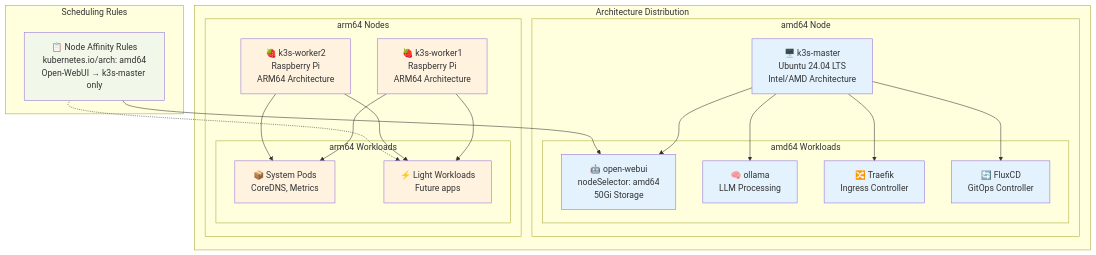
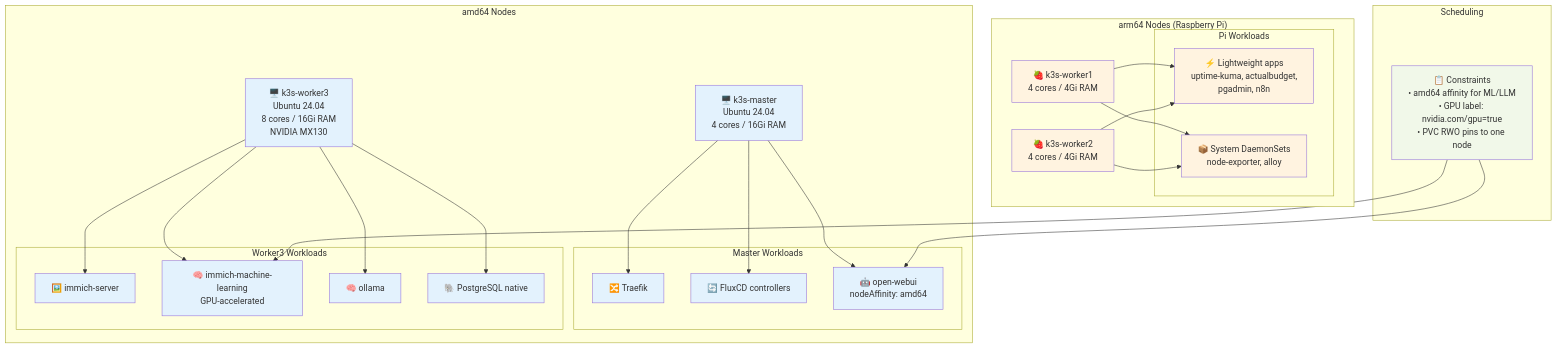
One commit to yuandrk/homelabops changed the sixth of 6 diagrams in docs/architecture-diagrams.md. Above: the diagram before and after it, drawn with Mermaid. The commit also changed other lines of this file, not shown here.

First line of the commit message:
docs(architecture): correct diagrams to reflect current cluster

````diff
--- a/docs/architecture-diagrams.md
+++ b/docs/architecture-diagrams.md
@@ -344,53 +386,60 @@
 ```mermaid
 graph TB
-    subgraph "Architecture Distribution"
-        subgraph "amd64 Node"
-            MasterNode[🖥️ k3s-master<br/>Ubuntu 24.04 LTS<br/>Intel/AMD Architecture]
-            
-            subgraph "amd64 Workloads"
-                OpenWebUIWorkload[🤖 open-webui<br/>nodeSelector: amd64<br/>50Gi Storage]
-                OllamaWorkload[🧠 ollama<br/>LLM Processing]
-                TraefikWorkload[🔀 Traefik<br/>Ingress Controller]
-                FluxWorkload[🔄 FluxCD<br/>GitOps Controller]
-            end
+    subgraph "amd64 Nodes"
+        MasterNode[🖥️ k3s-master<br/>Ubuntu 24.04<br/>4 cores / 16Gi RAM]
+        Worker3Node[🖥️ k3s-worker3<br/>Ubuntu 24.04<br/>8 cores / 16Gi RAM<br/>NVIDIA MX130]
+
+        subgraph "Master Workloads"
+            TraefikWorkload[🔀 Traefik]
+            FluxWorkload[🔄 FluxCD controllers]
+            OpenWebUIWorkload[🤖 open-webui<br/>nodeAffinity: amd64]
         end
-        
-        subgraph "arm64 Nodes"
-            Worker1Node[🍓 k3s-worker1<br/>Raspberry Pi<br/>ARM64 Architecture]
-            Worker2Node[🍓 k3s-worker2<br/>Raspberry Pi<br/>ARM64 Architecture]
-            
-            subgraph "arm64 Workloads"
-                SystemPods[📦 System Pods<br/>CoreDNS, Metrics]
-                LightWorkloads[⚡ Light Workloads<br/>Future apps]
-            end
+
+        subgraph "Worker3 Workloads"
+            ImmichWorkload[🖼️ immich-server]
+            ImmichML[🧠 immich-machine-learning<br/>GPU-accelerated]
+            OllamaWorkload[🧠 ollama]
+            PostgresHost[🐘 PostgreSQL native]
         end
     end
 
-    subgraph "Scheduling Rules"
-        NodeAffinity[📋 Node Affinity Rules<br/>kubernetes.io/arch: amd64<br/>Open-WebUI → k3s-master only]
+    subgraph "arm64 Nodes (Raspberry Pi)"
+        Worker1Node[🍓 k3s-worker1<br/>4 cores / 4Gi RAM]
+        Worker2Node[🍓 k3s-worker2<br/>4 cores / 4Gi RAM]
+
+        subgraph "Pi Workloads"
+            LightApps[⚡ Lightweight apps<br/>uptime-kuma, actualbudget,<br/>pgadmin, n8n]
+            SystemPods[📦 System DaemonSets<br/>node-exporter, alloy]
+        end
     end
 
-    %% Node assignments
-    MasterNode --> OpenWebUIWorkload
-    MasterNode --> OllamaWorkload
+    subgraph "Scheduling"
+        Affinity[📋 Constraints<br/>• amd64 affinity for ML/LLM<br/>• GPU label: nvidia.com/gpu=true<br/>• PVC RWO pins to one node]
+    end
+
     MasterNode --> TraefikWorkload
     MasterNode --> FluxWorkload
-    
+    MasterNode --> OpenWebUIWorkload
+
+    Worker3Node --> ImmichWorkload
+    Worker3Node --> ImmichML
+    Worker3Node --> OllamaWorkload
+    Worker3Node --> PostgresHost
+
+    Worker1Node --> LightApps
     Worker1Node --> SystemPods
+    Worker2Node --> LightApps
     Worker2Node --> SystemPods
-    Worker1Node --> LightWorkloads
-    Worker2Node --> LightWorkloads
 
-    %% Affinity rules
-    NodeAffinity --> OpenWebUIWorkload
-    NodeAffinity -.-> LightWorkloads
+    Affinity --> OpenWebUIWorkload
+    Affinity --> ImmichML
 
     classDef amd64 fill:#e3f2fd
     classDef arm64 fill:#fff3e0
     classDef workload fill:#fce4ec
     classDef rule fill:#f1f8e9
 
-    class MasterNode,OpenWebUIWorkload,OllamaWorkload,TraefikWorkload,FluxWorkload amd64
-    class Worker1Node,Worker2Node,SystemPods,LightWorkloads arm64
-    class NodeAffinity rule
+    class MasterNode,Worker3Node,TraefikWorkload,FluxWorkload,OpenWebUIWorkload,ImmichWorkload,ImmichML,OllamaWorkload,PostgresHost amd64
+    class Worker1Node,Worker2Node,LightApps,SystemPods arm64
+    class Affinity rule
 ```
````
